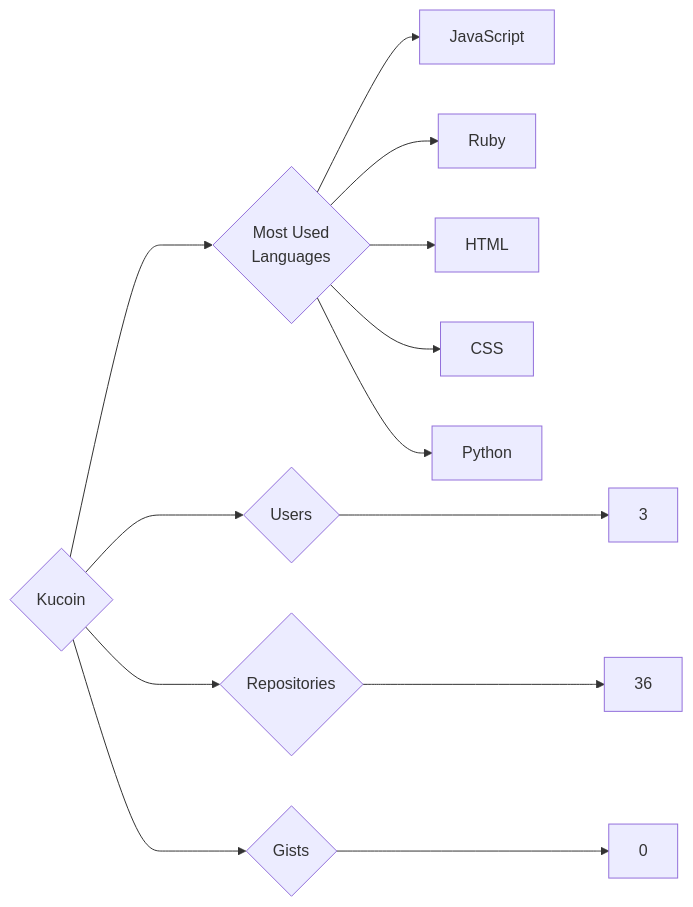
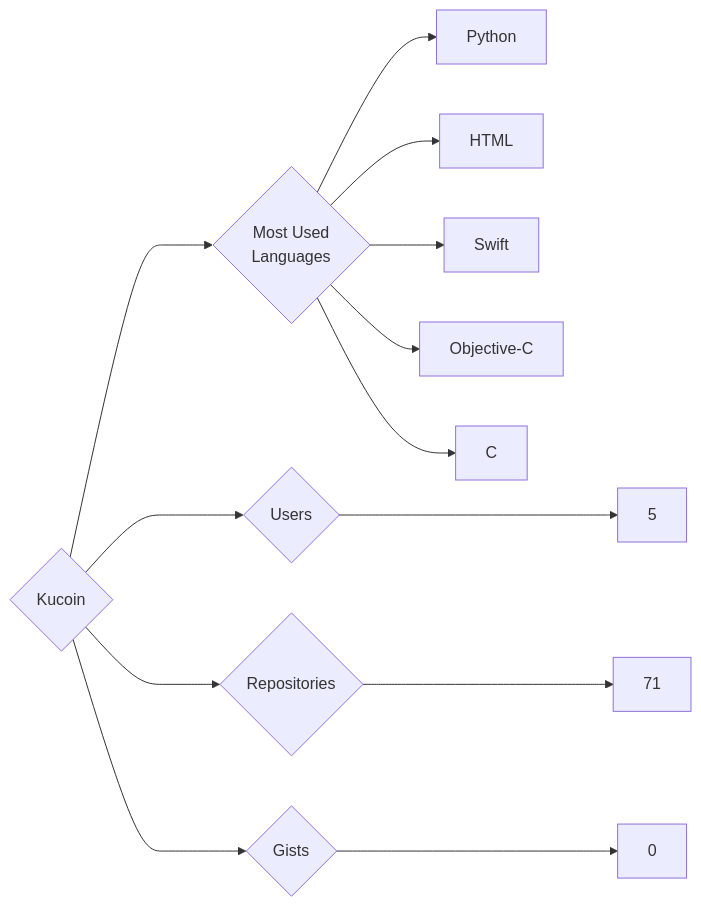
Before and after one commit to trickest/insiders: the diagram in targets/Kucoin/README.md, drawn with Mermaid. The commit also changed 1238 other files, not shown here.

````diff
--- a/targets/Kucoin/README.md
+++ b/targets/Kucoin/README.md
@@ -3,13 +3,13 @@
 ```mermaid
 graph LR
 COMPANY_NAME{Kucoin}
-COMPANY_NAME ---> U{Users} ---> UN[3]
-COMPANY_NAME ---> R{Repositories} ---> RN[36]
+COMPANY_NAME ---> U{Users} ---> UN[5]
+COMPANY_NAME ---> R{Repositories} ---> RN[71]
 COMPANY_NAME ---> G{Gists} ---> GN[0]
 COMPANY_NAME ---> ML{Most Used<br>Languages}
-ML --> JavaScript[JavaScript]
-ML --> Ruby[Ruby]
+ML --> Python[Python]
 ML --> HTML[HTML]
-ML --> CSS[CSS]
-ML --> Python[Python]
+ML --> Swift[Swift]
+ML --> Objective-C[Objective-C]
+ML --> C[C]
 ```
````
